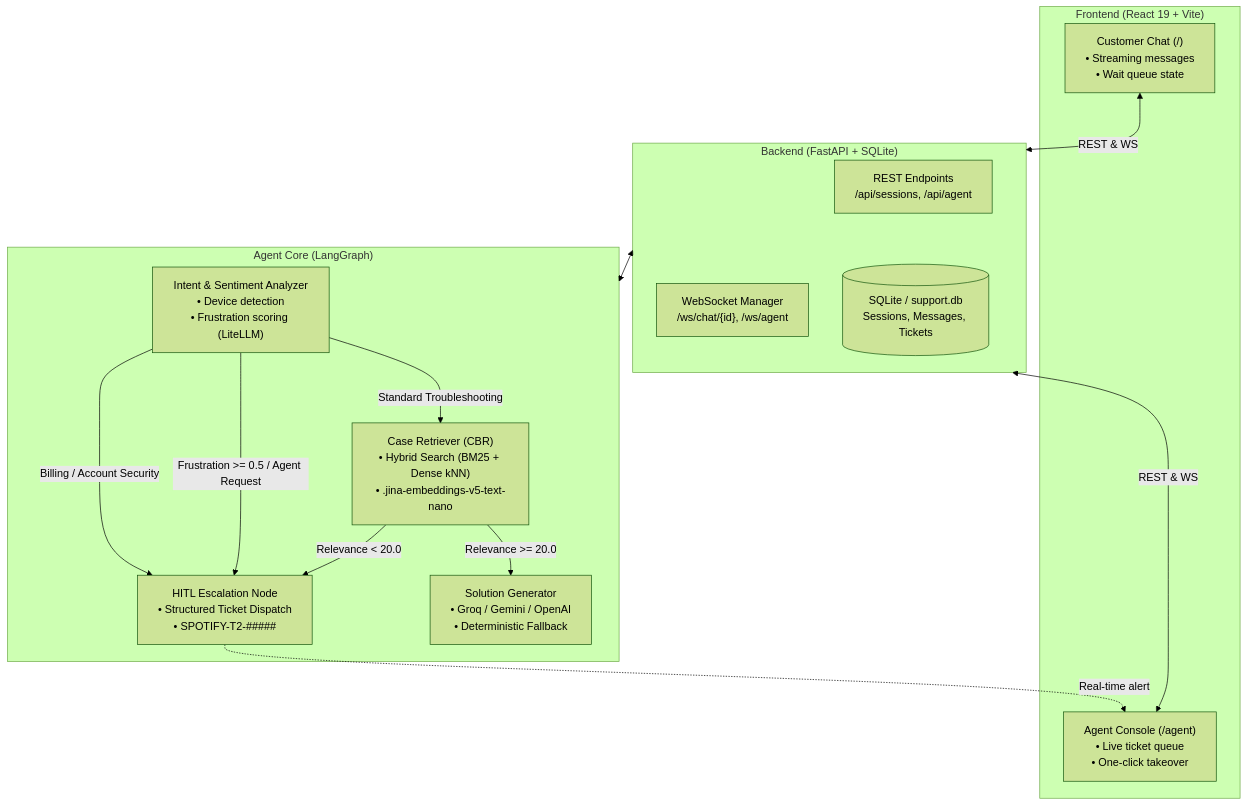
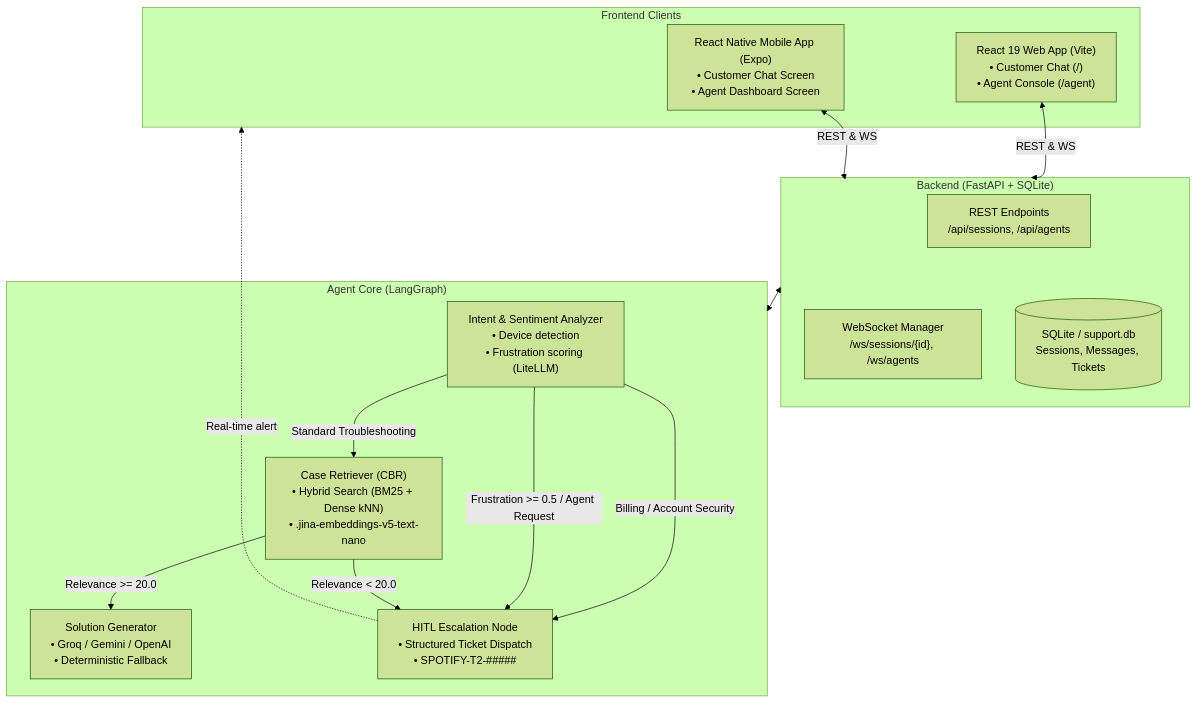
Before and after one commit to Ahad-23/spotify_customer_support_agent: the diagram in README.md, drawn with Mermaid (forest theme). The commit also changed other lines of this file and 42 other files, not shown here.

Commit message:
feat: restructure frontend into web and mobile with dynamic host discovery and CORS support

````diff
--- a/README.md
+++ b/README.md
@@ -9,32 +9,32 @@
 ```mermaid
 flowchart TD
-    subgraph Clients["Frontend (React 19 + Vite)"]
-        CC["Customer Chat (/)\n• Streaming messages\n• Wait queue state"]
-        AC["Agent Console (/agent)\n• Live ticket queue\n• One-click takeover"]
+    subgraph Clients["Frontend Clients"]
+        WEB["React 19 Web App (Vite)\n• Customer Chat (/)\n• Agent Console (/agent)"]
+        MOB["React Native Mobile App (Expo)\n• Customer Chat Screen\n• Agent Dashboard Screen"]
     end
 
     subgraph API["Backend (FastAPI + SQLite)"]
-        REST["REST Endpoints\n/api/sessions, /api/agent"]
-        WS["WebSocket Manager\n/ws/chat/{id}, /ws/agent"]
+        REST["REST Endpoints\n/api/sessions, /api/agents"]
+        WS["WebSocket Manager\n/ws/sessions/{id}, /ws/agents"]
         DB[(SQLite / support.db\nSessions, Messages, Tickets)]
     end
 
     subgraph Core["Agent Core (LangGraph)"]
         IA["Intent & Sentiment Analyzer\n• Device detection\n• Frustration scoring (LiteLLM)"]
         CR["Case Retriever (CBR)\n• Hybrid Search (BM25 + Dense kNN)\n• .jina-embeddings-v5-text-nano"]
         SG["Solution Generator\n• Groq / Gemini / OpenAI\n• Deterministic Fallback"]
         HITL["HITL Escalation Node\n• Structured Ticket Dispatch\n• SPOTIFY-T2-#####"]
     end
 
-    CC <-->|REST & WS| API
-    AC <-->|REST & WS| API
+    WEB <-->|REST & WS| API
+    MOB <-->|REST & WS| API
     API <--> Core
     API --- DB
 
     IA -->|Billing / Account Security| HITL
     IA -->|Frustration >= 0.5 / Agent Request| HITL
     IA -->|Standard Troubleshooting| CR
     CR -->|Relevance < 20.0| HITL
     CR -->|Relevance >= 20.0| SG
-    HITL -.->|Real-time alert| AC
+    HITL -.->|Real-time alert| Clients
 ```
````
